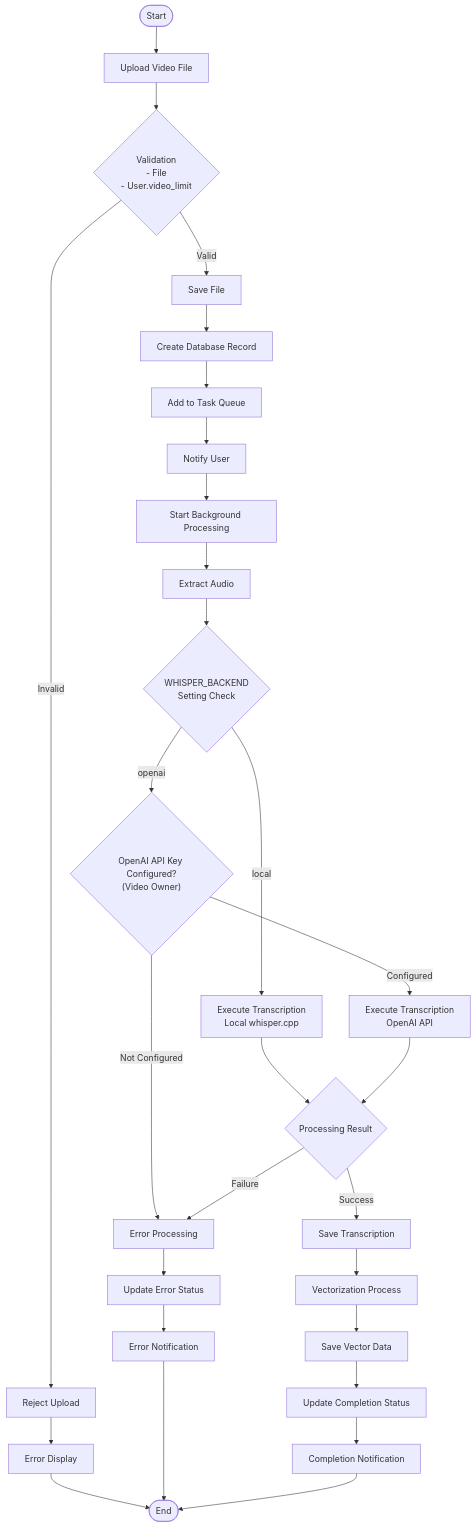
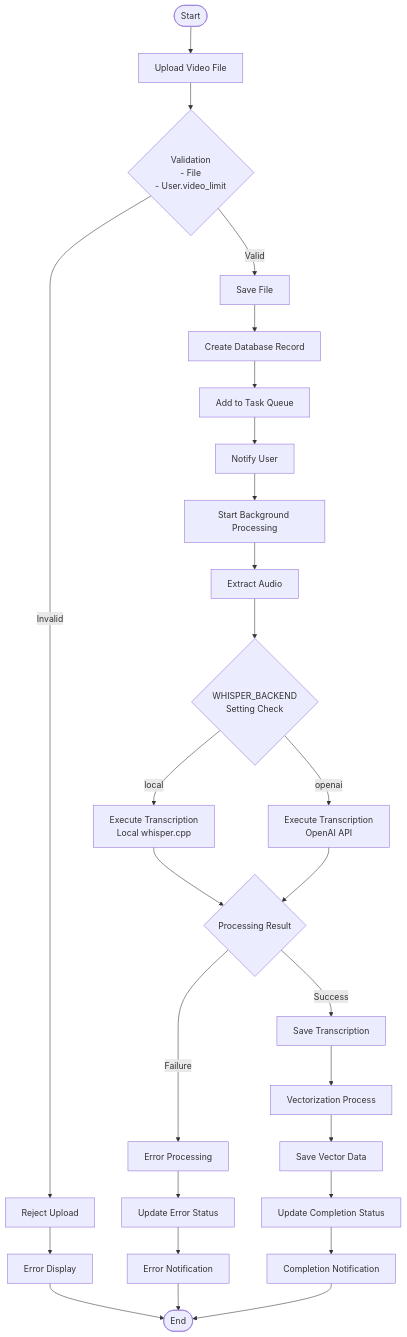
One commit to yukiharada1228/videoq changed the second of 7 diagrams in docs/architecture/bpmn.md. Above: the diagram before and after it, drawn with Mermaid. The commit also changed other lines of this file and 11 other files, not shown here.

````diff
--- a/docs/architecture/bpmn.md
+++ b/docs/architecture/bpmn.md
@@ -33,33 +33,31 @@
 ```mermaid
 flowchart TD
     Start([Start]) --> Upload[Upload Video File]
     Upload --> ValidateFile{"Validation<br>- File<br>- User.video_limit"}
     ValidateFile -->|Invalid| Reject[Reject Upload]
     Reject --> ShowError[Error Display]
     ShowError --> End([End])
     ValidateFile -->|Valid| SaveFile[Save File]
     SaveFile --> CreateRecord[Create Database Record]
     CreateRecord --> QueueTask[Add to Task Queue]
     QueueTask --> NotifyUser[Notify User]
     NotifyUser --> ProcessTask[Start Background Processing]
     
     ProcessTask --> ExtractAudio[Extract Audio]
     ExtractAudio --> CheckBackend{"WHISPER_BACKEND<br>Setting Check"}
     CheckBackend -->|local| Transcribe[Execute Transcription<br>Local whisper.cpp]
-    CheckBackend -->|openai| CheckAPIKey{"OpenAI API Key Configured?<br>(Video Owner)"}
-    CheckAPIKey -->|Not Configured| HandleError[Error Processing]
-    CheckAPIKey -->|Configured| TranscribeAPI[Execute Transcription<br>OpenAI API]
+    CheckBackend -->|openai| TranscribeAPI[Execute Transcription<br>OpenAI API]
     Transcribe --> CheckResult{Processing Result}
     TranscribeAPI --> CheckResult
     CheckResult -->|Success| CreateTranscript[Save Transcription]
     CheckResult -->|Failure| HandleError[Error Processing]
     HandleError --> UpdateErrorStatus[Update Error Status]
     UpdateErrorStatus --> NotifyError[Error Notification]
     NotifyError --> End
     
     CreateTranscript --> Vectorize[Vectorization Process]
     Vectorize --> SaveVector[Save Vector Data]
     SaveVector --> UpdateStatus[Update Completion Status]
     UpdateStatus --> NotifyComplete[Completion Notification]
     NotifyComplete --> End
 ```
````
